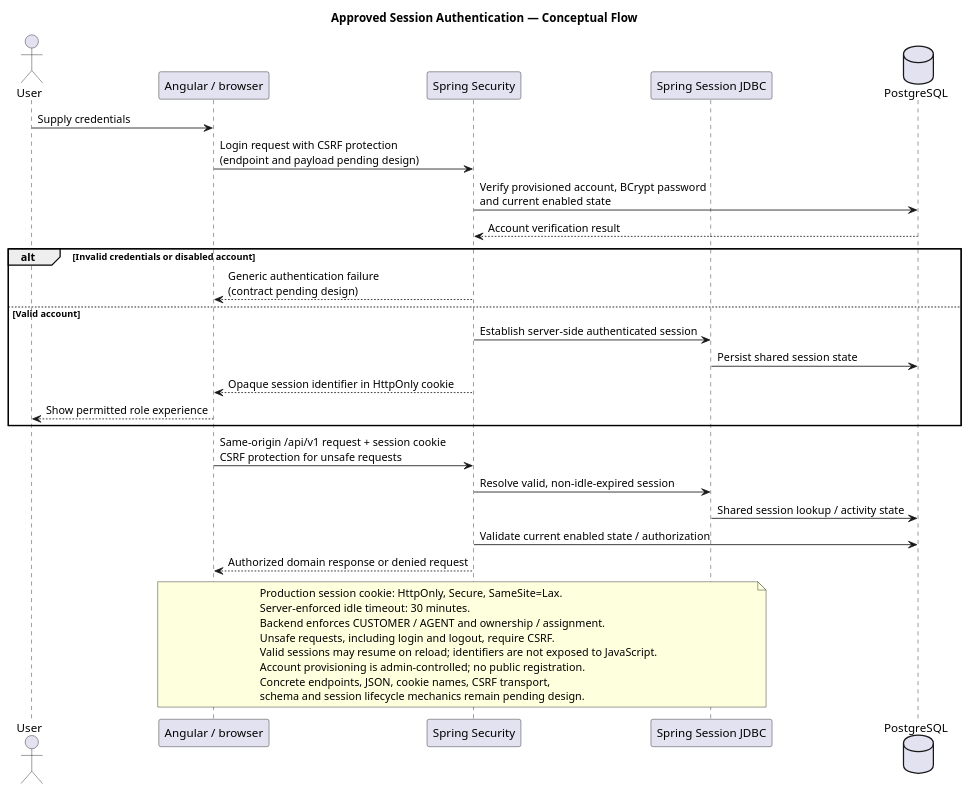
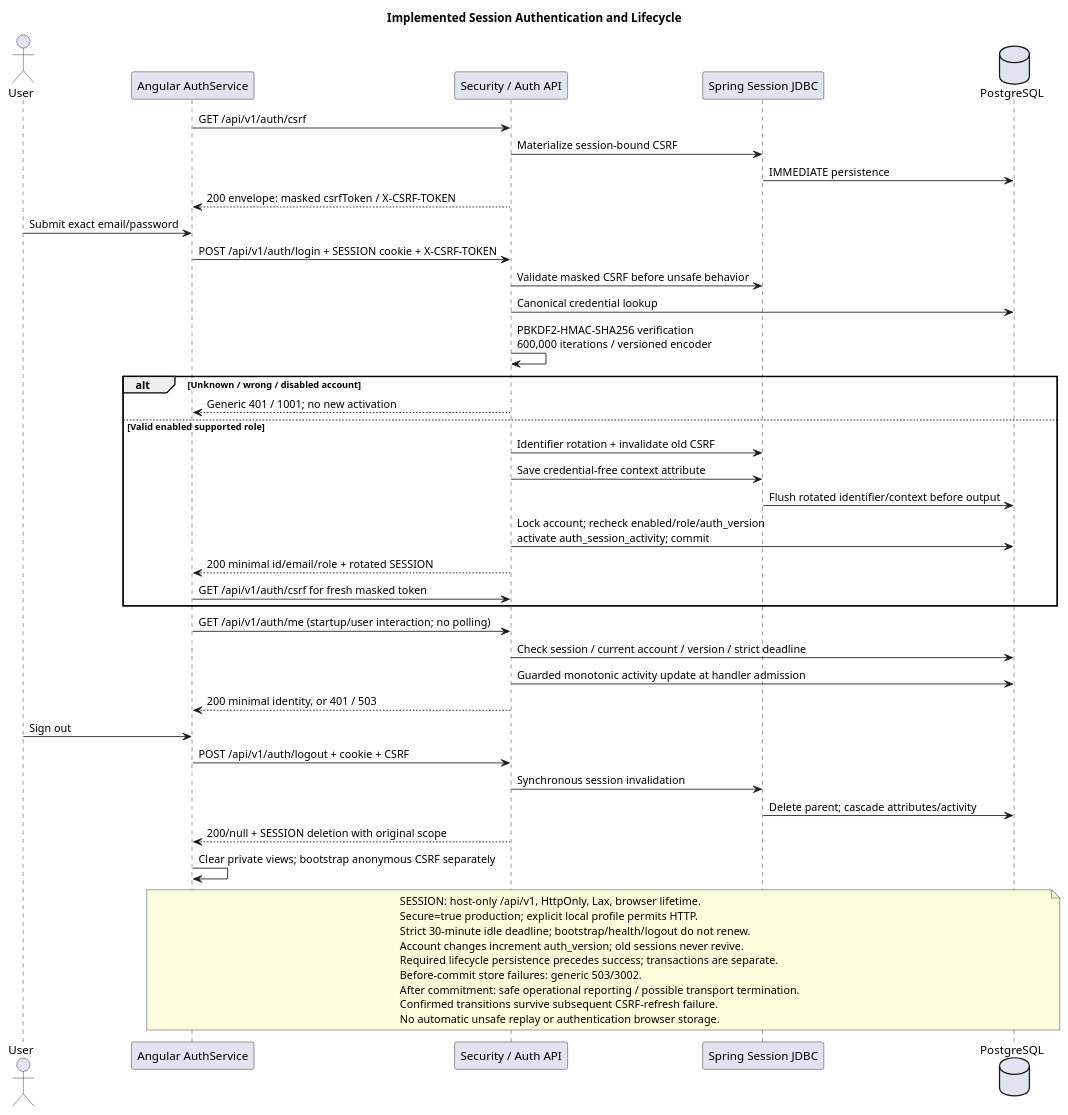
One commit to DonaldMbara/transaction-dispute-portal changed the diagram in docs/design/plantuml/login-auth.puml. Above: the diagram before and after it, drawn with PlantUML. The commit also changed 149 other files, not shown here.

Commit message:
feat(auth): add stateful session authentication and RBAC

```diff
--- a/docs/design/plantuml/login-auth.puml
+++ b/docs/design/plantuml/login-auth.puml
@@ -1,35 +1,48 @@
 @startuml
-title Approved Session Authentication — Conceptual Flow
+title Implemented Session Authentication and Lifecycle
 actor User
-participant "Angular / browser" as UI
-participant "Spring Security" as Security
+participant "Angular AuthService" as UI
+participant "Security / Auth API" as API
 participant "Spring Session JDBC" as Sessions
 database PostgreSQL as DB
-User -> UI : Supply credentials
-UI -> Security : Login request with CSRF protection\n(endpoint and payload pending design)
-Security -> DB : Verify provisioned account, BCrypt password\nand current enabled state
-DB --> Security : Account verification result
-alt Invalid credentials or disabled account
-  Security --> UI : Generic authentication failure\n(contract pending design)
-else Valid account
-  Security -> Sessions : Establish server-side authenticated session
-  Sessions -> DB : Persist shared session state
-  Security --> UI : Opaque session identifier in HttpOnly cookie
-  UI --> User : Show permitted role experience
+UI -> API : GET /api/v1/auth/csrf
+API -> Sessions : Materialize session-bound CSRF
+Sessions -> DB : IMMEDIATE persistence
+API --> UI : 200 envelope: masked csrfToken / X-CSRF-TOKEN
+User -> UI : Submit exact email/password
+UI -> API : POST /api/v1/auth/login + SESSION cookie + X-CSRF-TOKEN
+API -> Sessions : Validate masked CSRF before unsafe behavior
+API -> DB : Canonical credential lookup
+API -> API : PBKDF2-HMAC-SHA256 verification\n600,000 iterations / versioned encoder
+alt Unknown / wrong / disabled account
+  API --> UI : Generic 401 / 1001; no new activation
+else Valid enabled supported role
+  API -> Sessions : Identifier rotation + invalidate old CSRF
+  API -> Sessions : Save credential-free context attribute
+  Sessions -> DB : Flush rotated identifier/context before output
+  API -> DB : Lock account; recheck enabled/role/auth_version\nactivate auth_session_activity; commit
+  API --> UI : 200 minimal id/email/role + rotated SESSION
+  UI -> API : GET /api/v1/auth/csrf for fresh masked token
 end
-UI -> Security : Same-origin /api/v1 request + session cookie\nCSRF protection for unsafe requests
-Security -> Sessions : Resolve valid, non-idle-expired session
-Sessions -> DB : Shared session lookup / activity state
-Security -> DB : Validate current enabled state / authorization
-Security --> UI : Authorized domain response or denied request
-note over UI, Sessions
-Production session cookie: HttpOnly, Secure, SameSite=Lax.
-Server-enforced idle timeout: 30 minutes.
-Backend enforces CUSTOMER / AGENT and ownership / assignment.
-Unsafe requests, including login and logout, require CSRF.
-Valid sessions may resume on reload; identifiers are not exposed to JavaScript.
-Account provisioning is admin-controlled; no public registration.
-Concrete endpoints, JSON, cookie names, CSRF transport,
-schema and session lifecycle mechanics remain pending design.
+UI -> API : GET /api/v1/auth/me (startup/user interaction; no polling)
+API -> DB : Check session / current account / version / strict deadline
+API -> DB : Guarded monotonic activity update at handler admission
+API --> UI : 200 minimal identity, or 401 / 503
+User -> UI : Sign out
+UI -> API : POST /api/v1/auth/logout + cookie + CSRF
+API -> Sessions : Synchronous session invalidation
+Sessions -> DB : Delete parent; cascade attributes/activity
+API --> UI : 200/null + SESSION deletion with original scope
+UI -> UI : Clear private views; bootstrap anonymous CSRF separately
+note over UI, DB
+SESSION: host-only /api/v1, HttpOnly, Lax, browser lifetime.
+Secure=true production; explicit local profile permits HTTP.
+Strict 30-minute idle deadline; bootstrap/health/logout do not renew.
+Account changes increment auth_version; old sessions never revive.
+Required lifecycle persistence precedes success; transactions are separate.
+Before-commit store failures: generic 503/3002.
+After commitment: safe operational reporting / possible transport termination.
+Confirmed transitions survive subsequent CSRF-refresh failure.
+No automatic unsafe replay or authentication browser storage.
 end note
 @enduml
```
